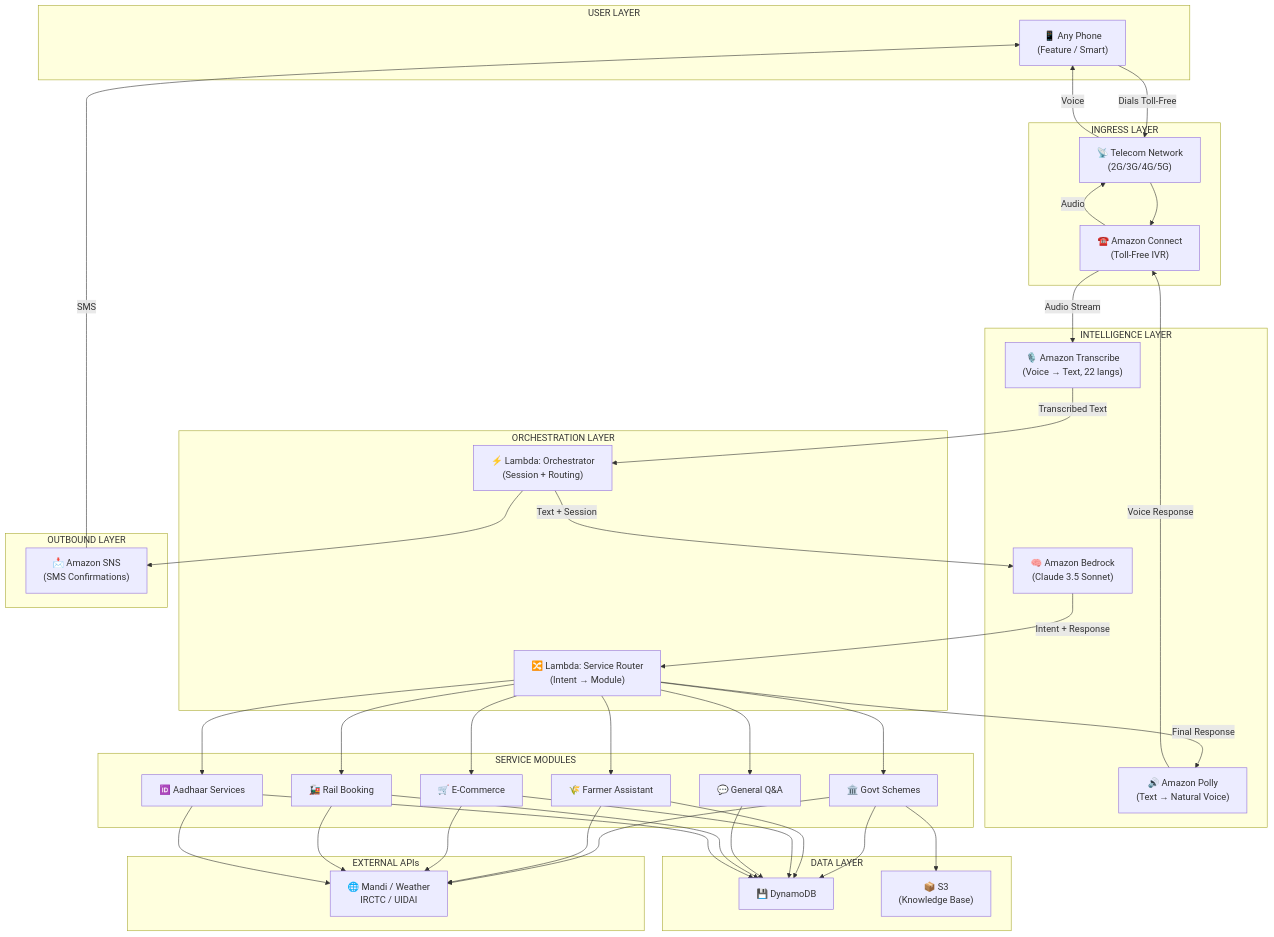
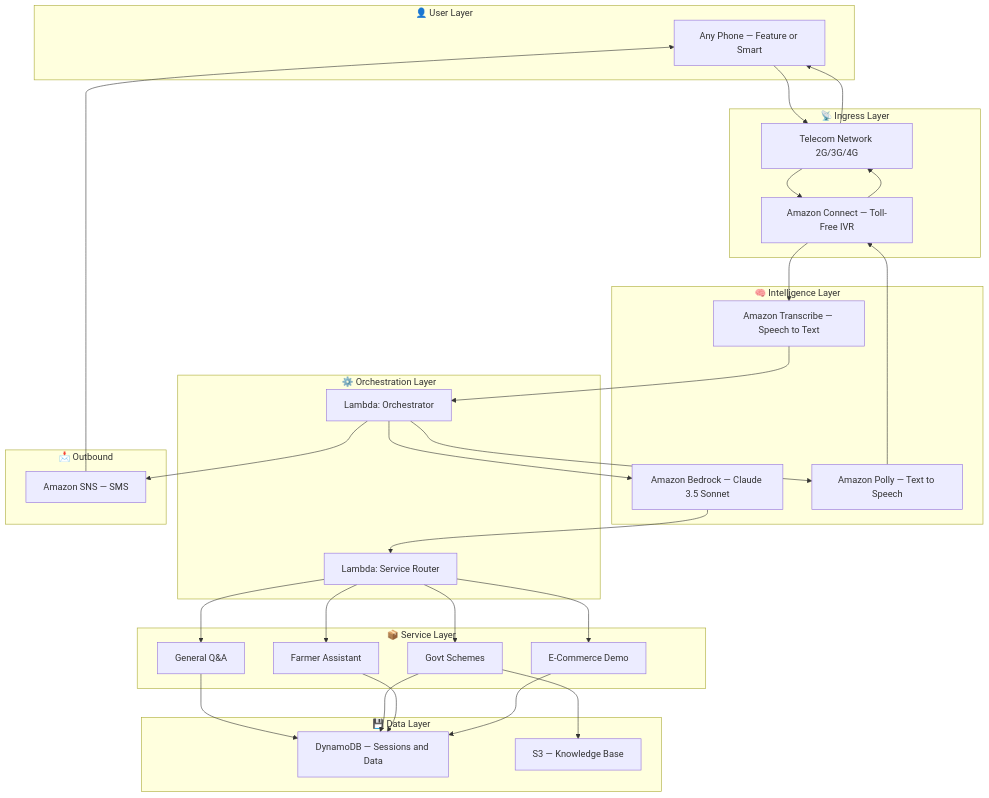
The first of 10 diagrams in README.md (piyush-lingwal/BharatVani), drawn with Mermaid before and after one commit. The commit also changed other lines of this file, not shown here.

````diff
--- a/README.md
+++ b/README.md
@@ -9,61 +32,48 @@
 ```mermaid
 graph TB
-    subgraph "USER LAYER"
-        U["📱 Any Phone<br/>(Feature / Smart)"]
+    subgraph "👤 User Layer"
+        U["Any Phone — Feature or Smart"]
     end
 
-    subgraph "INGRESS LAYER"
-        TC["📡 Telecom Network<br/>(2G/3G/4G/5G)"]
-        AC["☎️ Amazon Connect<br/>(Toll-Free IVR)"]
+    subgraph "📡 Ingress Layer"
+        TEL["Telecom Network 2G/3G/4G"]
+        CON["Amazon Connect — Toll-Free IVR"]
     end
 
-    subgraph "INTELLIGENCE LAYER"
-        TR["🎙️ Amazon Transcribe<br/>(Voice → Text, 22 langs)"]
-        BR["🧠 Amazon Bedrock<br/>(Claude 3.5 Sonnet)"]
-        PO["🔊 Amazon Polly<br/>(Text → Natural Voice)"]
+    subgraph "🧠 Intelligence Layer"
+        STT["Amazon Transcribe — Speech to Text"]
+        AI["Amazon Bedrock — Claude 3.5 Sonnet"]
+        TTS["Amazon Polly — Text to Speech"]
     end
 
-    subgraph "ORCHESTRATION LAYER"
-        LM["⚡ Lambda: Orchestrator<br/>(Session + Routing)"]
-        SM["🔀 Lambda: Service Router<br/>(Intent → Module)"]
+    subgraph "⚙️ Orchestration Layer"
+        ORC["Lambda: Orchestrator"]
+        RTR["Lambda: Service Router"]
     end
 
-    subgraph "SERVICE MODULES"
-        GS["🏛️ Govt Schemes"]
-        FA["🌾 Farmer Assistant"]
-        EC["🛒 E-Commerce"]
-        GA["💬 General Q&A"]
-        RB["🚂 Rail Booking"]
-        AD["🆔 Aadhaar Services"]
+    subgraph "📦 Service Layer"
+        QA["General Q&A"]
+        GS["Govt Schemes"]
+        FM["Farmer Assistant"]
+        EC["E-Commerce Demo"]
     end
 
-    subgraph "DATA LAYER"
-        DDB["💾 DynamoDB"]
-        S3["📦 S3<br/>(Knowledge Base)"]
+    subgraph "💾 Data Layer"
+        DDB["DynamoDB — Sessions and Data"]
+        S3["S3 — Knowledge Base"]
     end
 
-    subgraph "OUTBOUND LAYER"
-        SNS["📩 Amazon SNS<br/>(SMS Confirmations)"]
+    subgraph "📩 Outbound"
+        SNS["Amazon SNS — SMS"]
     end
 
-    subgraph "EXTERNAL APIs"
-        EXT["🌐 Mandi / Weather<br/>IRCTC / UIDAI"]
-    end
-
-    U -->|"Dials Toll-Free"| TC
-    TC --> AC
-    AC -->|"Audio Stream"| TR
-    TR -->|"Transcribed Text"| LM
-    LM -->|"Text + Session"| BR
-    BR -->|"Intent + Response"| SM
-    SM --> GS & FA & EC & GA & RB & AD
-    GS & FA & EC & RB & AD --> EXT
-    GS & FA & EC & GA & RB & AD --> DDB
+    U --> TEL --> CON
+    CON --> STT --> ORC
+    ORC --> AI
+    AI --> RTR
+    RTR --> QA & GS & FM & EC
+    QA & GS & FM & EC --> DDB
     GS --> S3
-    SM -->|"Final Response"| PO
-    PO -->|"Voice Response"| AC
-    AC -->|"Audio"| TC
-    TC -->|"Voice"| U
-    LM --> SNS
-    SNS -->|"SMS"| U
+    ORC --> TTS --> CON --> TEL --> U
+    ORC --> SNS --> U
 ```
````
